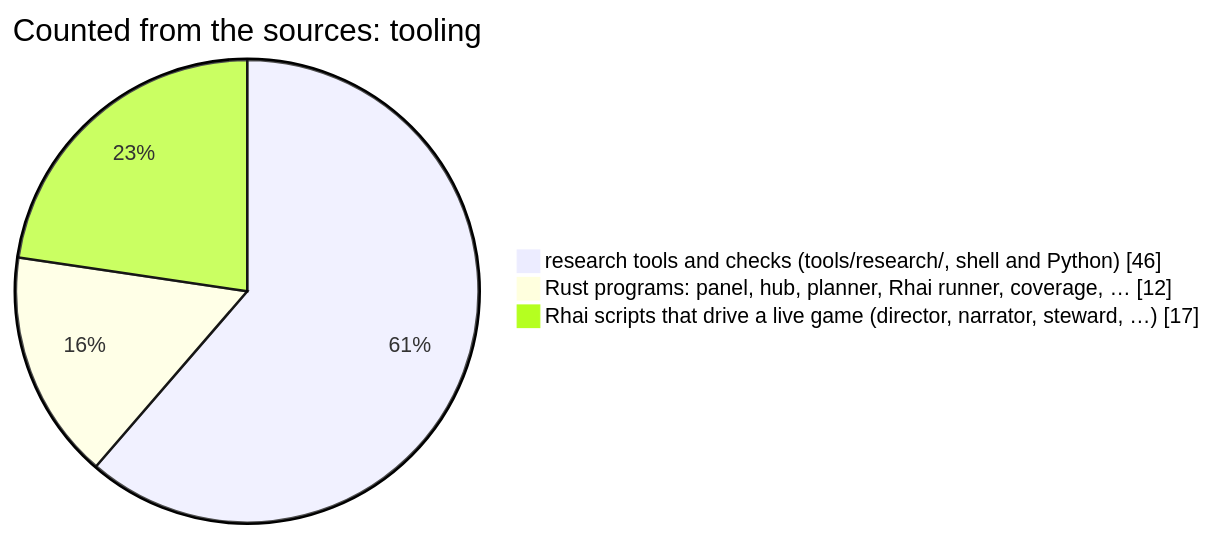
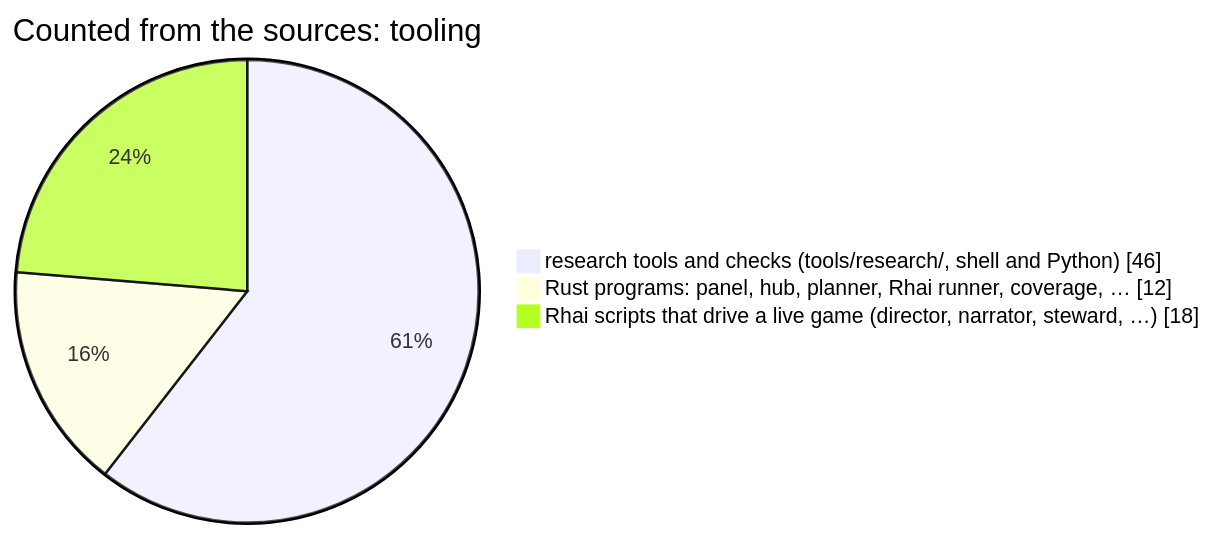
The fifth of 11 diagrams in README.md (korczis/OpenTTD), drawn with Mermaid before and after one commit. The commit also changed other lines of this file and 12 other files, not shown here.

````diff
--- a/README.md
+++ b/README.md
@@ -663,6 +663,6 @@
 ```mermaid
 pie showData title Counted from the sources: tooling
     "research tools and checks (tools/research/, shell and Python)" : 46
     "Rust programs: panel, hub, planner, Rhai runner, coverage, …" : 12
-    "Rhai scripts that drive a live game (director, narrator, steward, …)" : 17
+    "Rhai scripts that drive a live game (director, narrator, steward, …)" : 18
 ```
````
